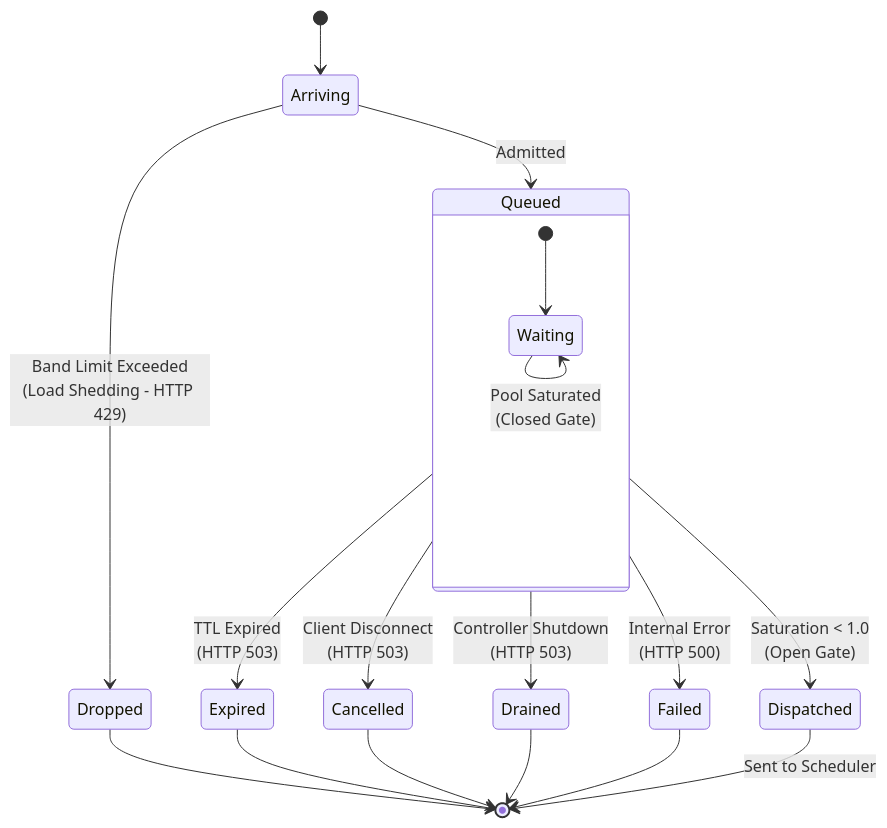
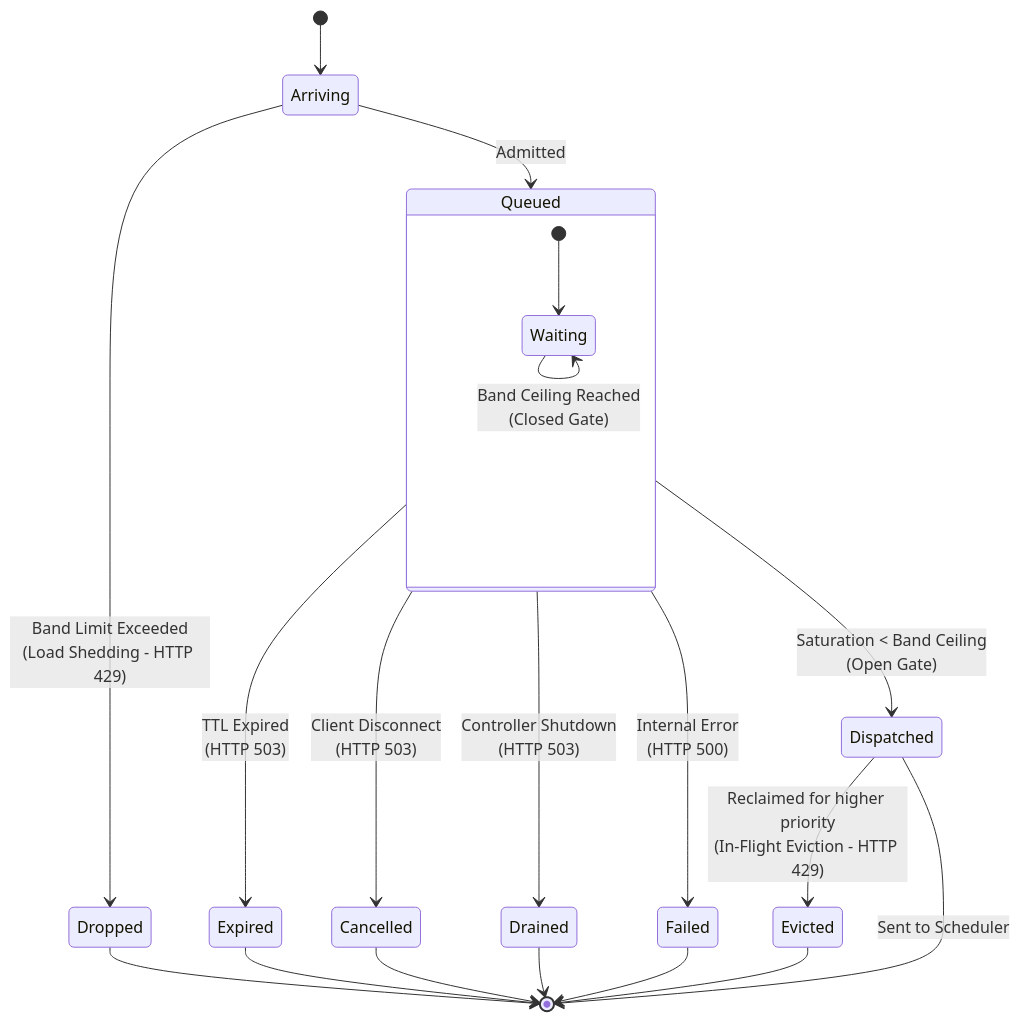
The fourth of 4 diagrams in docs/architecture/core/router/epp/flow-control.md (llm-d/llm-d), drawn with Mermaid before and after one commit. The commit also changed other lines of this file and 1 other file, not shown here.

First line of the commit message:
docs: update flow control configuration and observability (#2249)

````diff
--- a/docs/architecture/core/router/epp/flow-control.md
+++ b/docs/architecture/core/router/epp/flow-control.md
@@ -318,24 +345,26 @@
 ```mermaid
 stateDiagram-v2
     [*] --> Arriving
     Arriving --> Dropped: Band Limit Exceeded<br/>(Load Shedding - HTTP 429)
     Arriving --> Queued: Admitted
 
     state Queued {
         [*] --> Waiting
-        Waiting --> Waiting: Pool Saturated<br/>(Closed Gate)
+        Waiting --> Waiting: Band Ceiling Reached<br/>(Closed Gate)
     }
 
     Queued --> Expired: TTL Expired<br/>(HTTP 503)
     Queued --> Cancelled: Client Disconnect<br/>(HTTP 503)
     Queued --> Drained: Controller Shutdown<br/>(HTTP 503)
     Queued --> Failed: Internal Error<br/>(HTTP 500)
-    Queued --> Dispatched: Saturation < 1.0<br/>(Open Gate)
+    Queued --> Dispatched: Saturation < Band Ceiling<br/>(Open Gate)
 
+    Dispatched --> Evicted: Reclaimed for higher priority<br/>(In-Flight Eviction - HTTP 429)
     Dispatched --> [*]: Sent to Scheduler
     Dropped --> [*]
     Expired --> [*]
     Cancelled --> [*]
     Drained --> [*]
+    Evicted --> [*]
     Failed --> [*]
 ```
````
